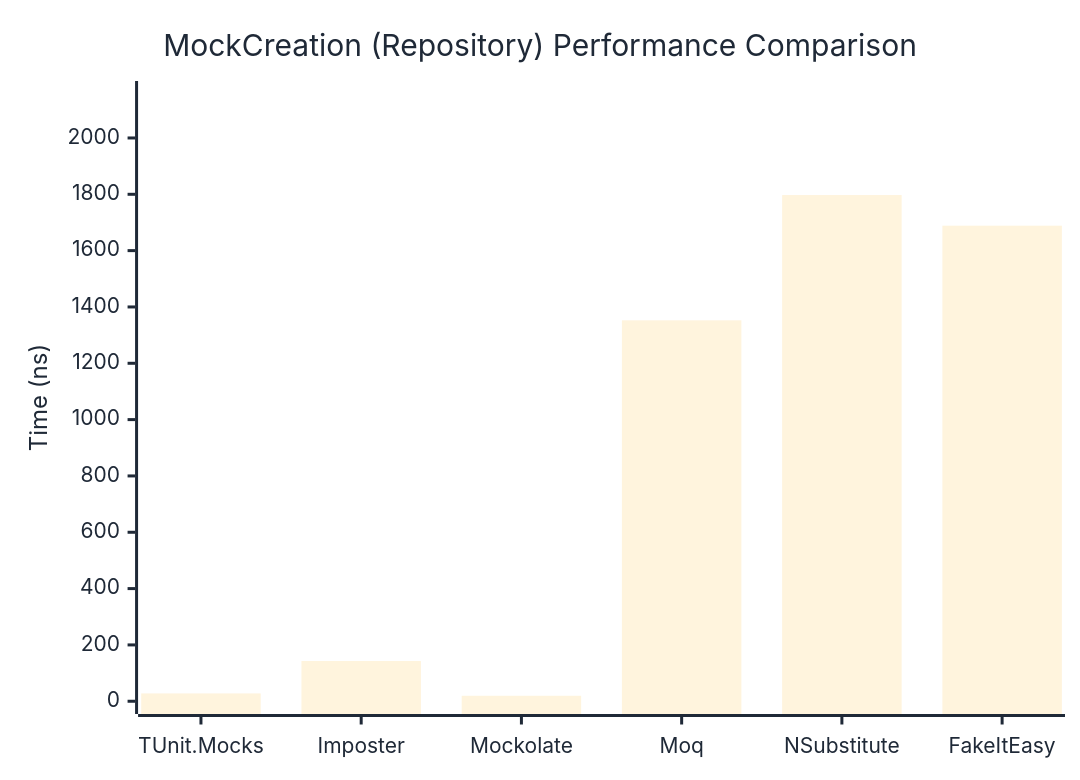
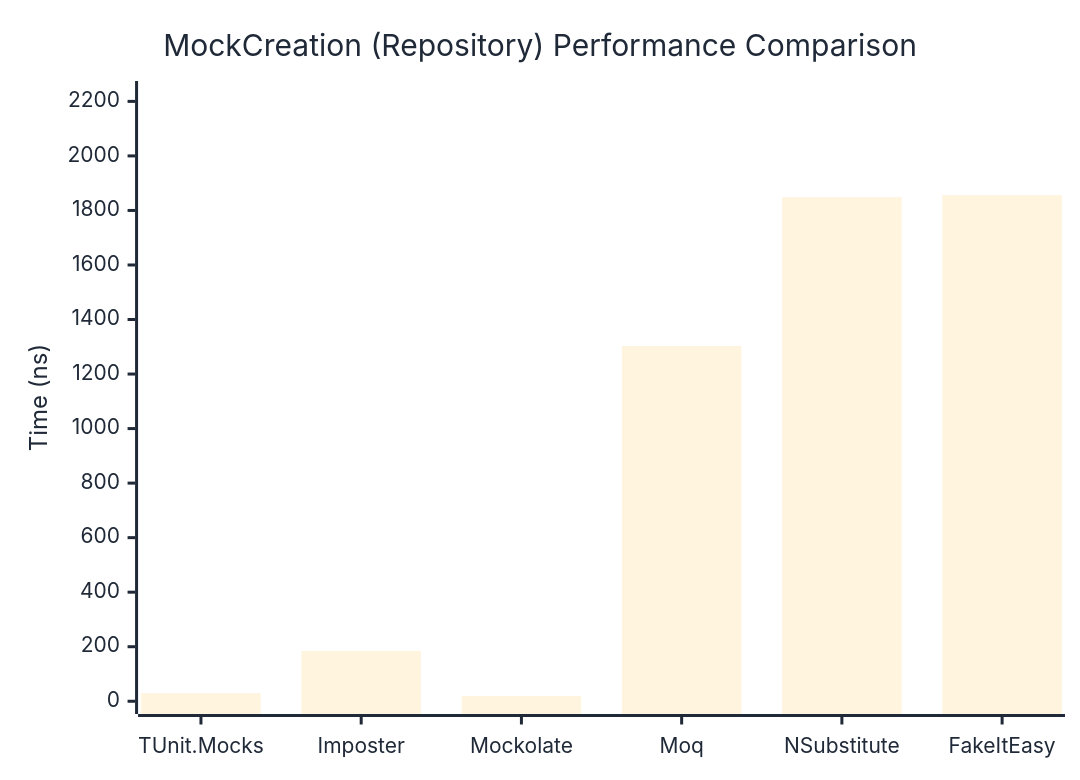
One commit to thomhurst/TUnit changed the second of 2 diagrams in docs/docs/benchmarks/mocks/MockCreation.md. Above: the diagram before and after it, drawn with Mermaid. The commit also changed other lines of this file and 14 other files, not shown here.

````diff
--- a/docs/docs/benchmarks/mocks/MockCreation.md
+++ b/docs/docs/benchmarks/mocks/MockCreation.md
@@ -71,27 +71,27 @@
 ```mermaid
 %%{init: {
   'theme':'base',
   'themeVariables': {
     'primaryColor': '#2563eb',
     'primaryTextColor': '#1f2937',
     'primaryBorderColor': '#1e40af',
     'lineColor': '#6b7280',
     'secondaryColor': '#7c3aed',
     'tertiaryColor': '#dc2626',
     'background': '#ffffff',
     'pie1': '#2563eb',
     'pie2': '#7c3aed',
     'pie3': '#dc2626',
     'pie4': '#f59e0b',
     'pie5': '#10b981',
     'pie6': '#06b6d4',
     'pie7': '#ec4899',
     'pie8': '#6366f1'
   }
 }}%%
 xychart-beta
   title "MockCreation (Repository) Performance Comparison"
   x-axis ["TUnit.Mocks", "Imposter", "Mockolate", "Moq", "NSubstitute", "FakeItEasy"]
-  y-axis "Time (ns)" 0 --> 2157
-  bar [27.84, 142.8, 19.46, 1352.53, 1797.37, 1688.58]
+  y-axis "Time (ns)" 0 --> 2228
+  bar [29.68, 184.65, 19.23, 1302.65, 1848.72, 1856.44]
 ```
````
